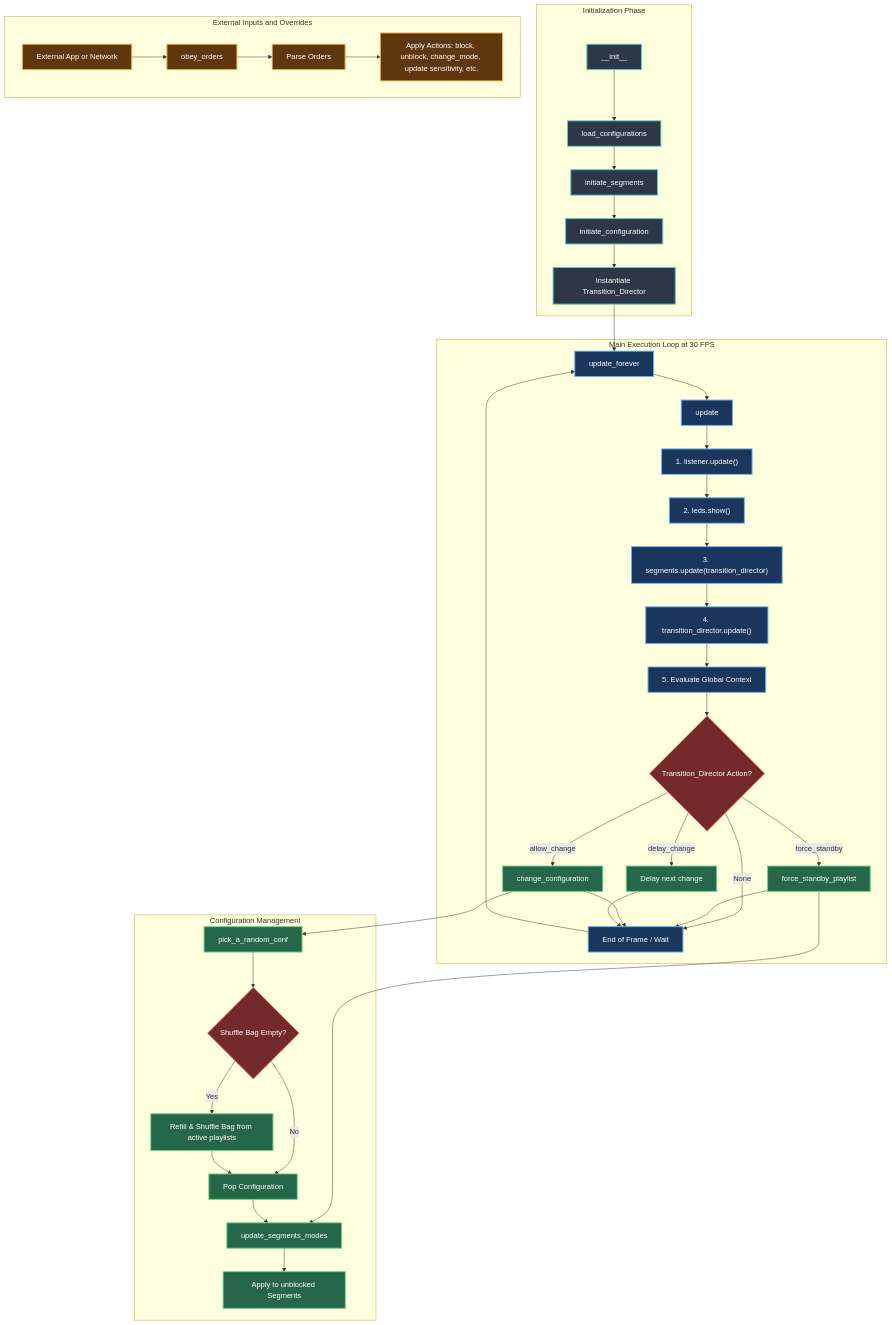
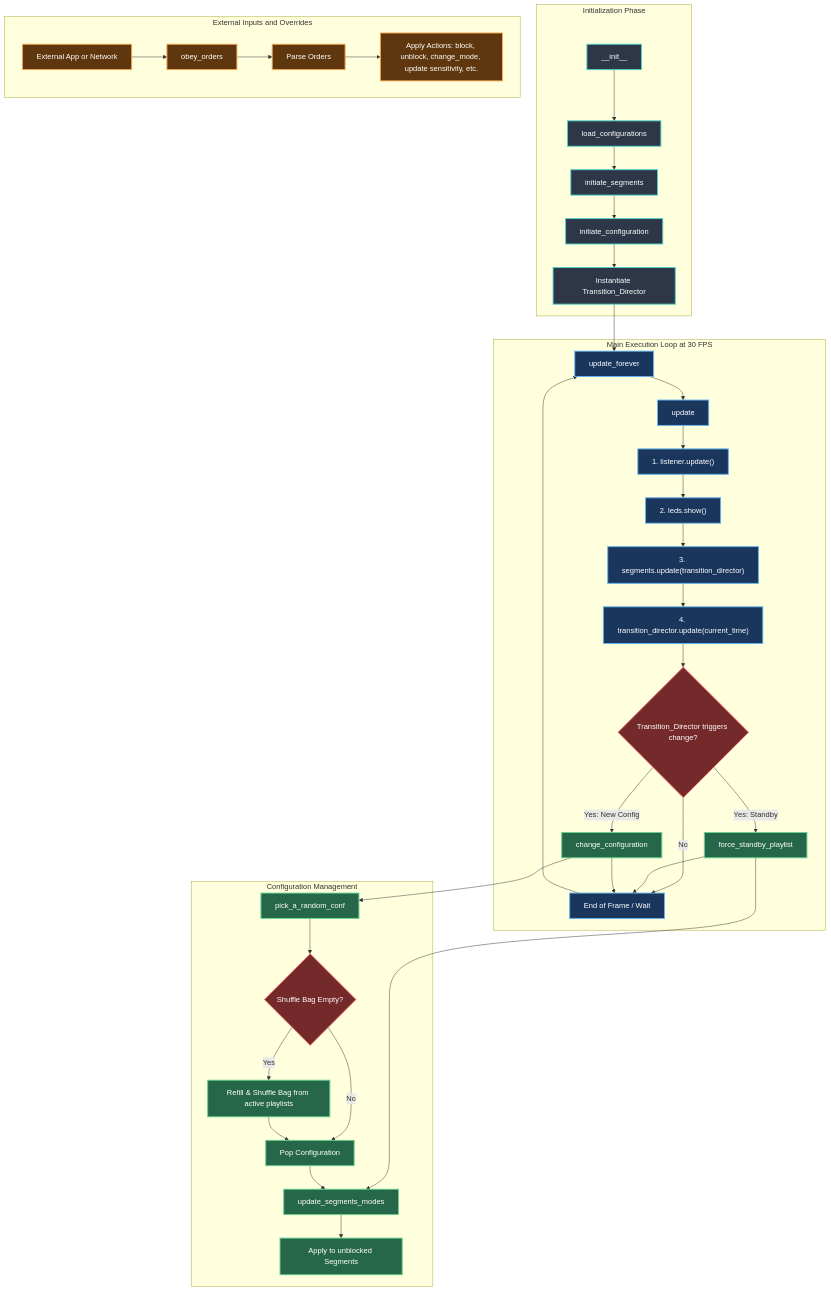
The diagram in core/mode_master.md (LucRobey/vialactee), drawn with Mermaid before and after one commit. The commit also changed other lines of this file and 5 other files, not shown here.

Commit message:
change: transition director donne les ordres à Mode_master

```diff
--- a/core/mode_master.md
+++ b/core/mode_master.md
@@ -31,12 +31,10 @@
         H["1. listener.update()"]:::loop
         I["2. leds.show()"]:::loop
         J["3. segments.update(transition_director)"]:::loop
-        K["4. transition_director.update()"]:::loop
-        K2["5. Evaluate Global Context"]:::loop
-        L{"Transition_Director Action?"}:::decision
+        K["4. transition_director.update(current_time)"]:::loop
+        L{"Transition_Director triggers change?"}:::decision
         M[force_standby_playlist]:::action
         N[change_configuration]:::action
-        O[Delay next change]:::action
         P[End of Frame / Wait]:::loop
         
         F --> G
@@ -44,17 +42,14 @@
         H --> I
         I --> J
         J --> K
-        K --> K2
-        K2 --> L
+        K --> L
         
-        L -->|force_standby| M
-        L -->|allow_change| N
-        L -->|delay_change| O
-        L -->|None| P
+        L -->|Yes: Standby| M
+        L -->|Yes: New Config| N
+        L -->|No| P
         
         M --> P
         N --> P
-        O --> P
         P --> F
     end
 
```
